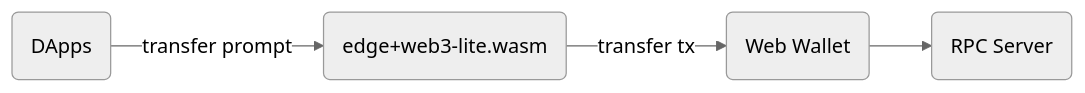
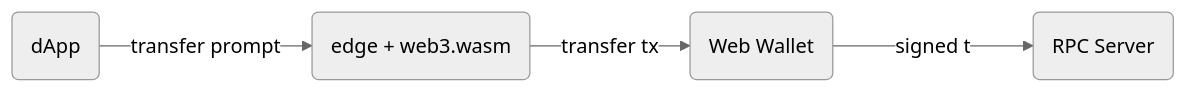
Before and after one commit to gist-rs/tx-builder-wasm: the third of 4 diagrams in README.md, drawn with Mermaid (neutral theme). The commit also changed other lines of this file, not shown here.

Commit message:
more diagram, logo

````diff
--- a/README.md
+++ b/README.md
@@ -25,4 +33,4 @@
-  ```mermaid
-  graph LR
-      A(DApps) -- transfer prompt --> B(edge+web3-lite.wasm) -- transfer tx --> Y(Web Wallet) --> Z(RPC Server)
-  ```
+```mermaid
+graph LR
+    A(dApp) -- transfer prompt --> B(edge + web3.wasm) -- transfer tx --> Y(Web Wallet) -- signed tx--> Z(RPC Server)
+```
````
